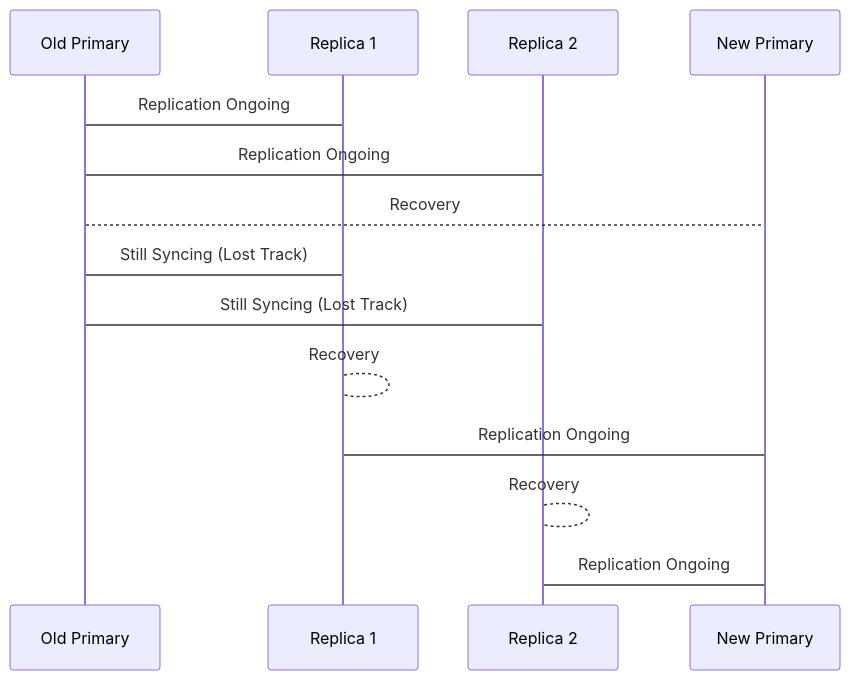
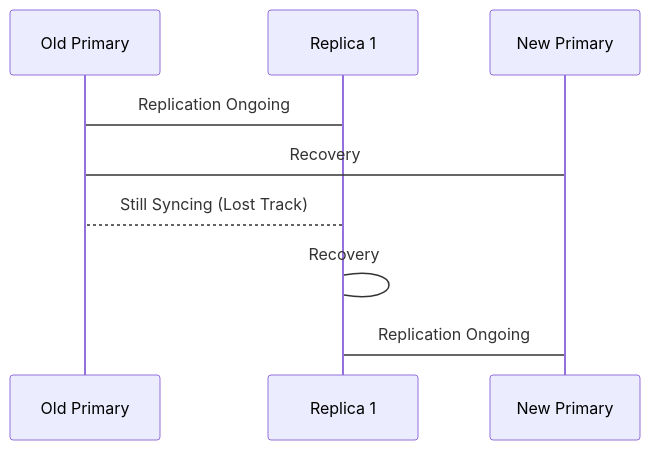
The fourth of 4 diagrams in StatefulWorkloads.md (pampatzoglou/articles), drawn with Mermaid before and after one commit. The commit also changed other lines of this file, not shown here.

````diff
--- a/StatefulWorkloads.md
+++ b/StatefulWorkloads.md
@@ -653,18 +661,13 @@
 ```mermaid
 sequenceDiagram
 
 Participant Old Primary
 Participant Replica 1
-Participant Replica 2
 Participant New Primary
 
 Replica 1 -> Old Primary: Replication Ongoing
-Replica 2 -> Old Primary: Replication Ongoing
-Old Primary --> New Primary: Recovery
-Replica 1 -> Old Primary: Still Syncing (Lost Track)
-Replica 2 -> Old Primary: Still Syncing (Lost Track)
-Replica 1 --> Replica 1: Recovery
+Old Primary -> New Primary: Recovery
+Replica 1 --> Old Primary: Still Syncing (Lost Track)
+Replica 1 -> Replica 1: Recovery
 Replica 1 -> New Primary: Replication Ongoing
-Replica 2 --> Replica 2: Recovery
-Replica 2 -> New Primary: Replication Ongoing
 ```
````
